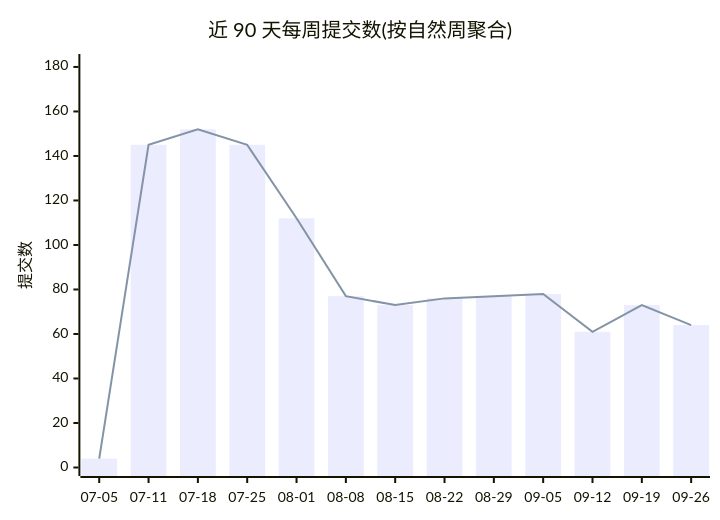
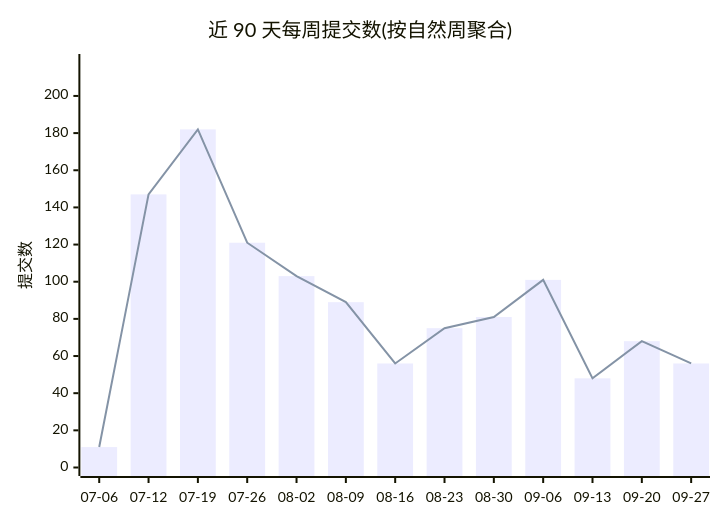
The first of 2 diagrams in profile/README.md (Conflux-Union/.github), drawn with Mermaid before and after one commit. The commit also changed other lines of this file and 1 other file, not shown here.

````diff
--- a/profile/README.md
+++ b/profile/README.md
@@ -44,8 +44,8 @@
 ```mermaid
 xychart-beta
     title "近 90 天每周提交数(按自然周聚合)"
-    x-axis ["07-05", "07-11", "07-18", "07-25", "08-01", "08-08", "08-15", "08-22", "08-29", "09-05", "09-12", "09-19", "09-26"]
-    y-axis "提交数" 0 --> 182
-    bar [4, 145, 152, 145, 112, 77, 73, 76, 77, 78, 61, 73, 64]
-    line [4, 145, 152, 145, 112, 77, 73, 76, 77, 78, 61, 73, 64]
+    x-axis ["07-06", "07-12", "07-19", "07-26", "08-02", "08-09", "08-16", "08-23", "08-30", "09-06", "09-13", "09-20", "09-27"]
+    y-axis "提交数" 0 --> 218
+    bar [11, 147, 182, 121, 103, 89, 56, 75, 81, 101, 48, 68, 56]
+    line [11, 147, 182, 121, 103, 89, 56, 75, 81, 101, 48, 68, 56]
 ```
````
